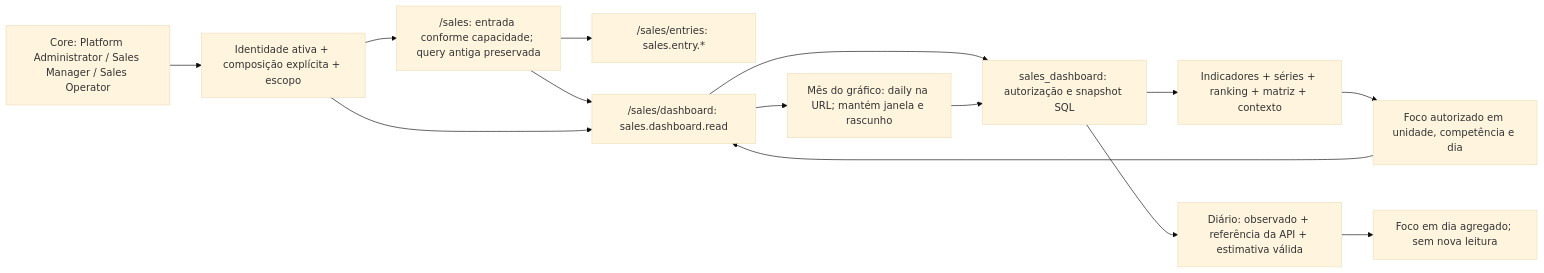
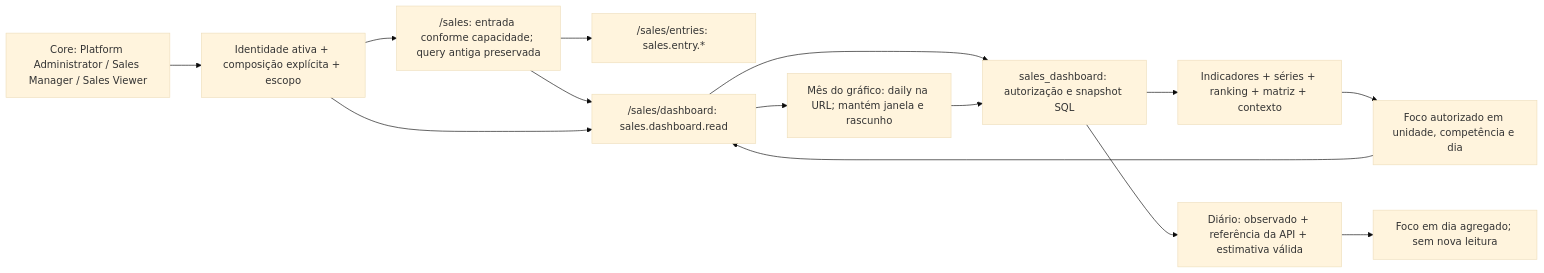
One commit to The-Vonky/Gaucha-Gestao changed the diagram in docs/modules/sales/VEN04B_DASHBOARD_UI.md. Above: the diagram before and after it, drawn with Mermaid (base theme). The commit also changed other lines of this file and 17 other files, not shown here.

````diff
--- a/docs/modules/sales/VEN04B_DASHBOARD_UI.md
+++ b/docs/modules/sales/VEN04B_DASHBOARD_UI.md
@@ -65,16 +67,16 @@
 ```mermaid
 flowchart LR
-  P["Core: Platform Administrator / Sales Manager / Sales Operator"] --> A["Identidade ativa + composição explícita + escopo"]
+  P["Core: Platform Administrator / Sales Manager / Sales Viewer"] --> A["Identidade ativa + composição explícita + escopo"]
   A --> E["/sales: entrada conforme capacidade; query antiga preservada"]
   E --> O["/sales/entries: sales.entry.*"]
   E --> D
   A --> D["/sales/dashboard: sales.dashboard.read"]
   D --> RPC["sales_dashboard: autorização e snapshot SQL"]
   RPC --> V["Indicadores + séries + ranking + matriz + contexto"]
   D --> M["Mês do gráfico: daily na URL; mantém janela e rascunho"]
   M --> RPC
   RPC --> DAILY["Diário: observado + referência da API + estimativa válida"]
   DAILY --> DAY["Foco em dia agregado; sem nova leitura"]
   V --> F["Foco autorizado em unidade, competência e dia"]
   F --> D
 ```
````
